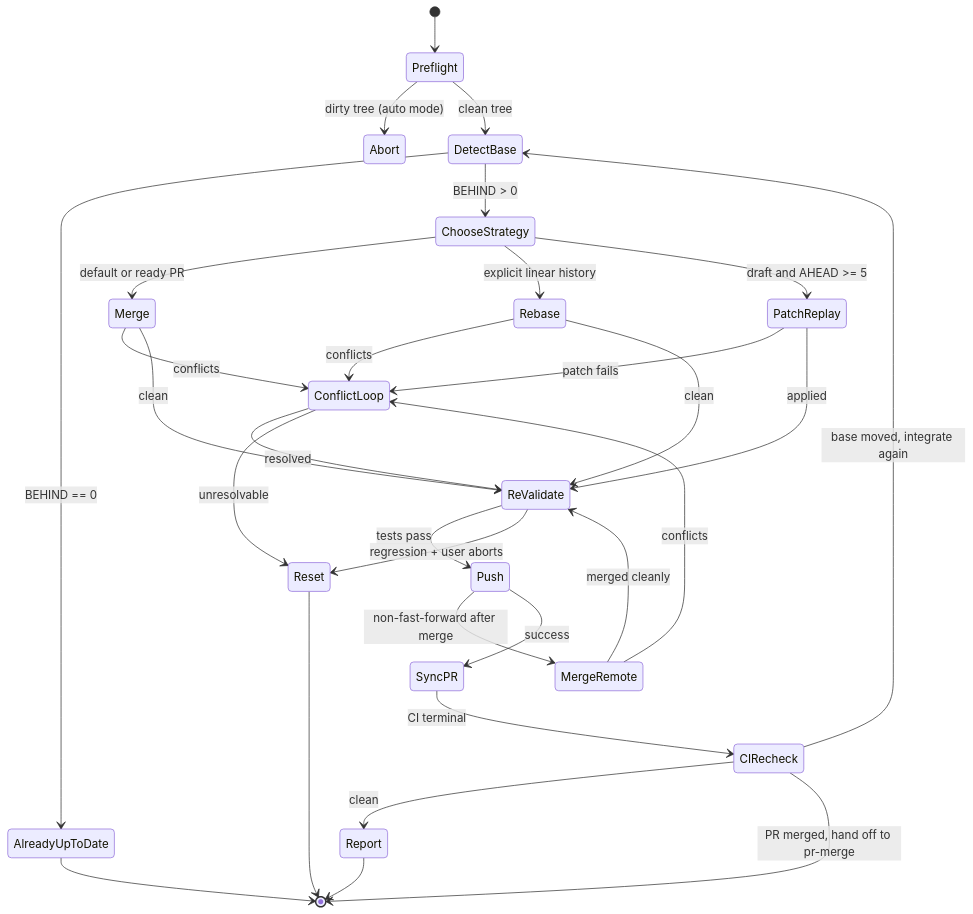
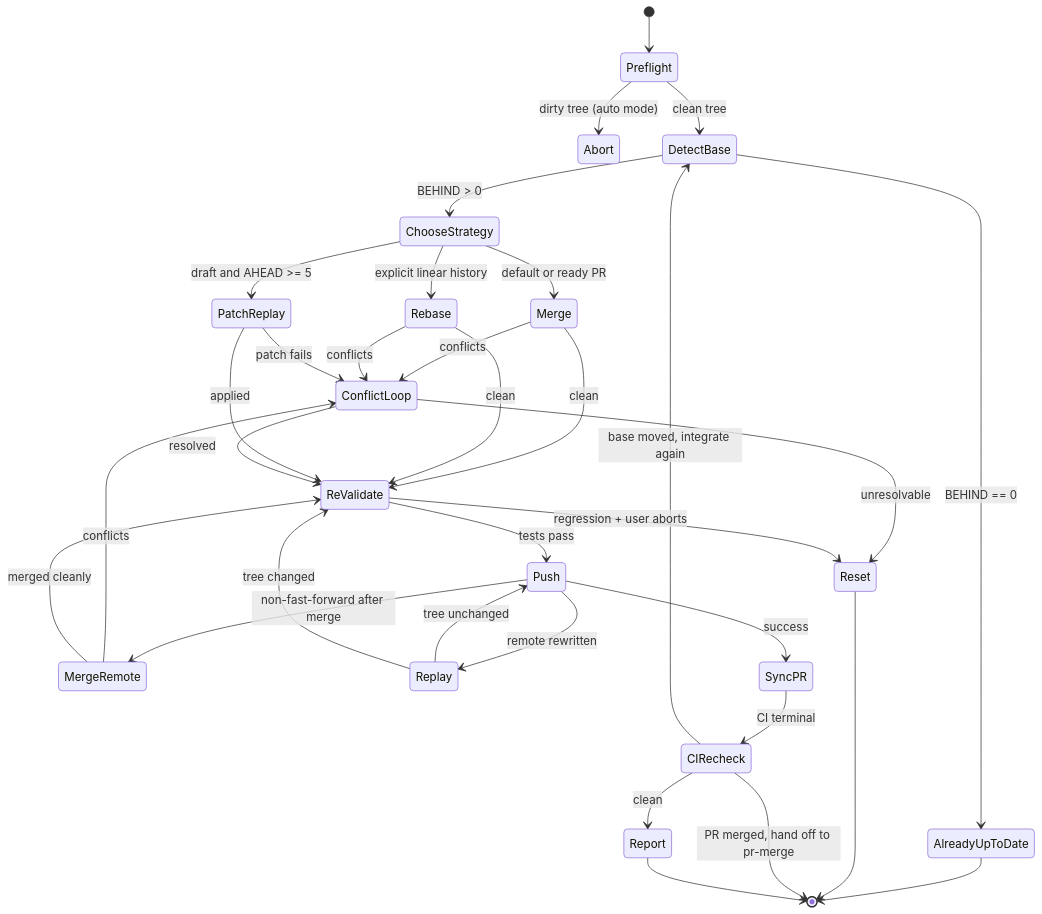
One commit to whizzzkid/skills changed the diagram in skills/pr-update/README.md. Above: the diagram before and after it, drawn with Mermaid. The commit also changed other lines of this file and 9 other files, not shown here.

First line of the commit message:
feat(pr-update): 🛡️ replay unpushed commits onto a rewritten remote instead of merging

````diff
--- a/skills/pr-update/README.md
+++ b/skills/pr-update/README.md
@@ -18,32 +18,35 @@
 ```mermaid
 stateDiagram-v2
     [*] --> Preflight
     Preflight --> Abort: dirty tree (auto mode)
     Preflight --> DetectBase: clean tree
     DetectBase --> AlreadyUpToDate: BEHIND == 0
     AlreadyUpToDate --> [*]
     DetectBase --> ChooseStrategy: BEHIND > 0
     ChooseStrategy --> Merge: default or ready PR
     ChooseStrategy --> Rebase: explicit linear history
     ChooseStrategy --> PatchReplay: draft and AHEAD >= 5
     Merge --> ConflictLoop: conflicts
     Rebase --> ConflictLoop: conflicts
     PatchReplay --> ConflictLoop: patch fails
     Merge --> ReValidate: clean
     Rebase --> ReValidate: clean
     PatchReplay --> ReValidate: applied
     ConflictLoop --> ReValidate: resolved
     ConflictLoop --> Reset: unresolvable
     Reset --> [*]
     ReValidate --> Push: tests pass
     ReValidate --> Reset: regression + user aborts
     Push --> MergeRemote: non-fast-forward after merge
+    Push --> Replay: remote rewritten
+    Replay --> Push: tree unchanged
+    Replay --> ReValidate: tree changed
     MergeRemote --> ConflictLoop: conflicts
     MergeRemote --> ReValidate: merged cleanly
     Push --> SyncPR: success
     SyncPR --> CIRecheck: CI terminal
     CIRecheck --> Report: clean
     CIRecheck --> [*]: PR merged, hand off to pr-merge
     CIRecheck --> DetectBase: base moved, integrate again
     Report --> [*]
 ```
````
